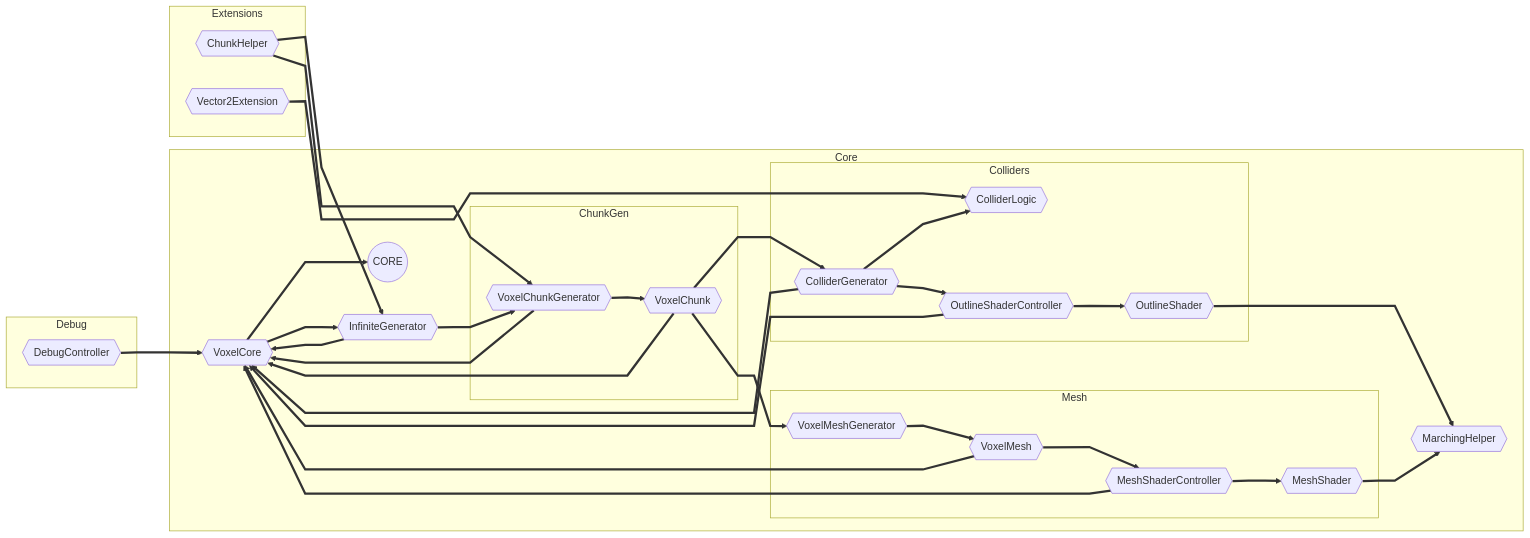
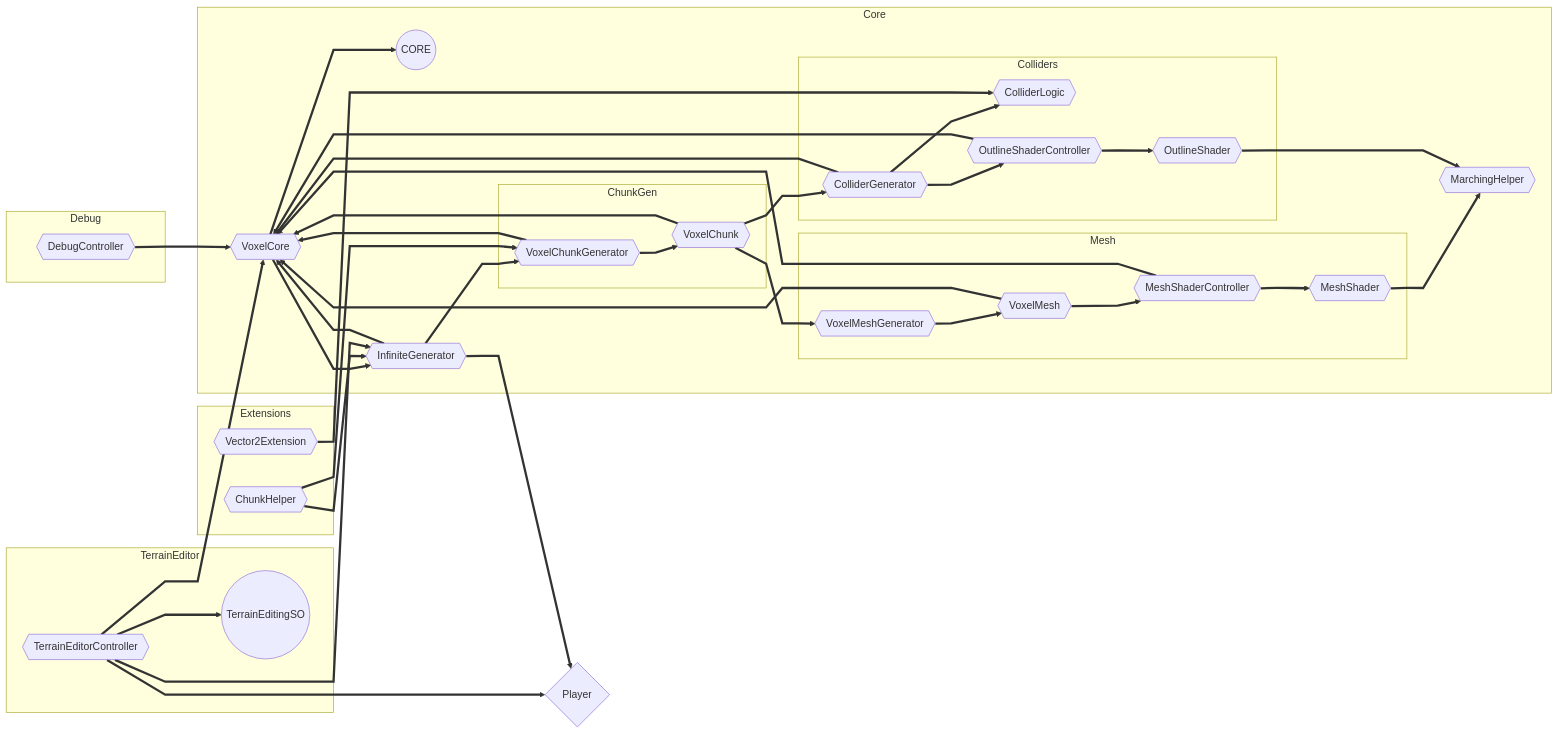
The diagram in Assets/Graphs/CORE.md (joesobo/Marching-Squares-2.0), drawn with Mermaid before and after one commit. The commit also changed 5 other files, not shown here.

Commit message:
basic terrain editor

````diff
--- a/Assets/Graphs/CORE.md
+++ b/Assets/Graphs/CORE.md
@@ -42,12 +42,21 @@
     Vector2Extension{{Vector2Extension}};
   end
 
+  %% Terrain Editor
+  subgraph TerrainEditor
+    TerrainEditingSO((TerrainEditingSO));
+    TerrainEditorController{{TerrainEditorController}};
+  end
+
+  Player{Player};
+
   %% Core Connections
   VoxelCore ==> CORE;
   VoxelCore ==> InfiniteGenerator;
 
   InfiniteGenerator ==> VoxelCore;
   InfiniteGenerator ==> VoxelChunkGenerator;
+  InfiniteGenerator ==> Player;
 
   VoxelChunkGenerator ==> VoxelCore;
   VoxelChunkGenerator ==> VoxelChunk;
@@ -80,4 +89,9 @@
   Vector2Extension ==> ColliderLogic;
 
   DebugController ==> VoxelCore;
+
+  TerrainEditorController ==> VoxelCore;
+  TerrainEditorController ==> TerrainEditingSO;
+  TerrainEditorController ==> InfiniteGenerator;
+  TerrainEditorController ==> Player;
 ```
````
